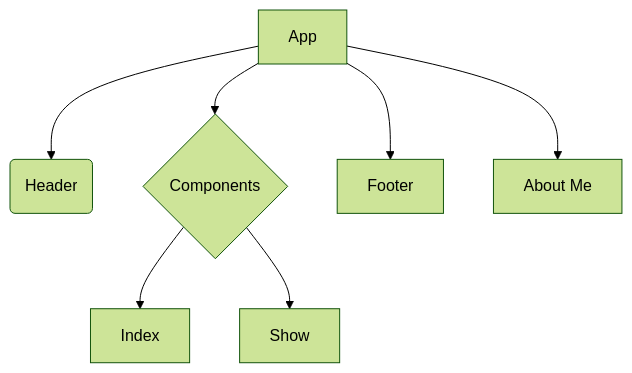
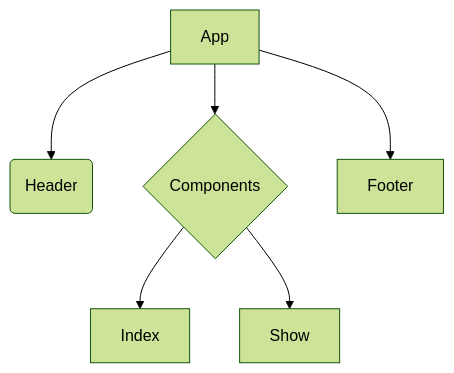
The diagram in README.md (zitzmah/Capstone-Backend), drawn with Mermaid (forest theme) before and after one commit.

````diff
--- a/README.md
+++ b/README.md
@@ -37,9 +37,8 @@
 ```mermaid
 flowchart TD
     A[App] --> B(Header)
     A --> C{Components}
     A --> D[Footer]
-    A --> E[About Me]
     C --> F[Index]
     C --> G[Show]
 ```
````
